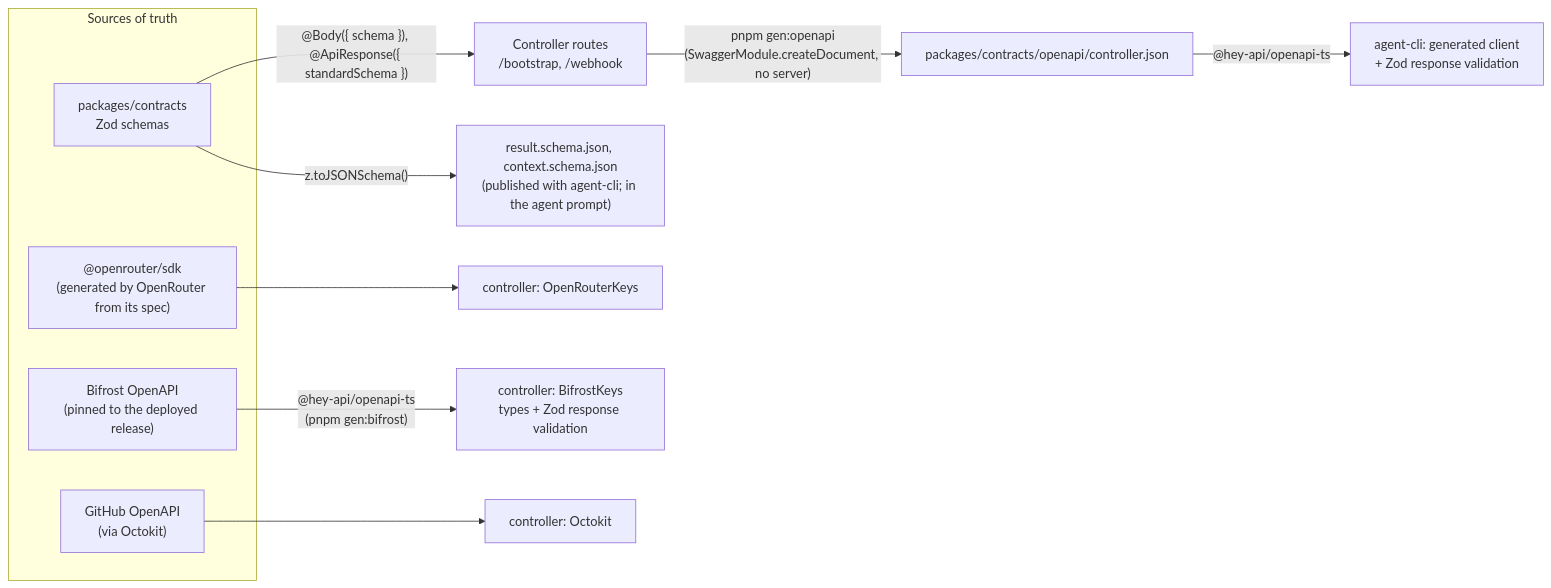
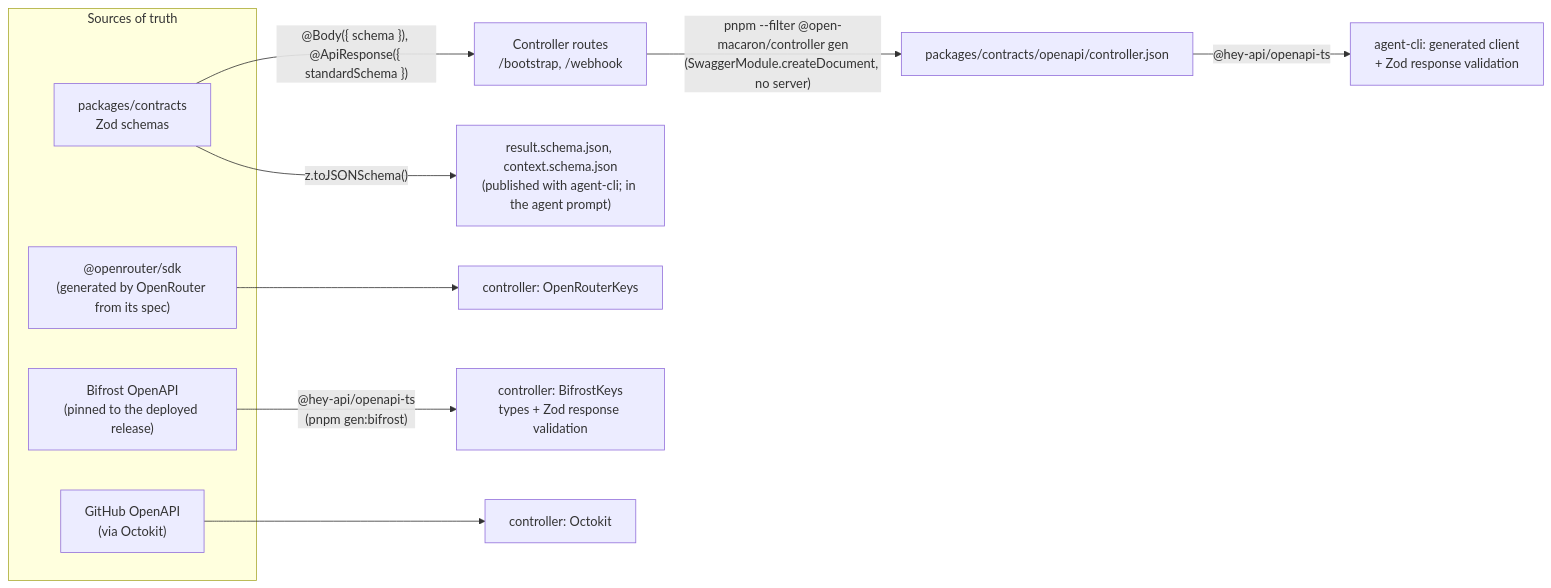
Before and after one commit to open-macaron/macaron: the second of 2 diagrams in docs/ENGINEERING.md, drawn with Mermaid. The commit also changed other lines of this file and 10 other files, not shown here.

````diff
--- a/docs/ENGINEERING.md
+++ b/docs/ENGINEERING.md
@@ -97,16 +98,16 @@
 ```mermaid
 flowchart LR
   subgraph SRC["Sources of truth"]
     Z["packages/contracts<br/>Zod schemas"]
     ORS["@openrouter/sdk<br/>(generated by OpenRouter from its spec)"]
     BFS["Bifrost OpenAPI<br/>(pinned to the deployed release)"]
     GHS["GitHub OpenAPI<br/>(via Octokit)"]
   end
   Z -- "@Body({ schema }), @ApiResponse({ standardSchema })" --> NEST["Controller routes<br/>/bootstrap, /webhook"]
-  NEST -- "pnpm gen:openapi<br/>(SwaggerModule.createDocument, no server)" --> SPEC["packages/contracts/openapi/controller.json"]
+  NEST -- "pnpm --filter @open-macaron/controller gen<br/>(SwaggerModule.createDocument, no server)" --> SPEC["packages/contracts/openapi/controller.json"]
   SPEC -- "@hey-api/openapi-ts" --> AC["agent-cli: generated client<br/>+ Zod response validation"]
   ORS --> ORC["controller: OpenRouterKeys"]
   BFS -- "@hey-api/openapi-ts<br/>(pnpm gen:bifrost)" --> BFC["controller: BifrostKeys<br/>types + Zod response validation"]
   Z -- "z.toJSONSchema()" --> JS["result.schema.json, context.schema.json<br/>(published with agent-cli; in the agent prompt)"]
   GHS --> OCT["controller: Octokit"]
 ```
````
